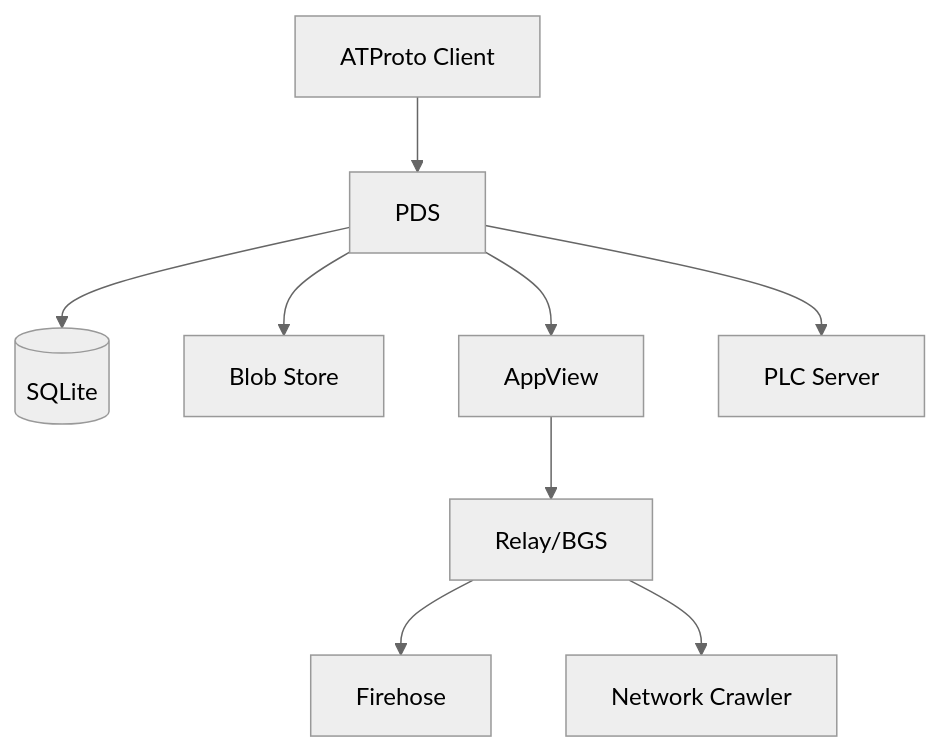
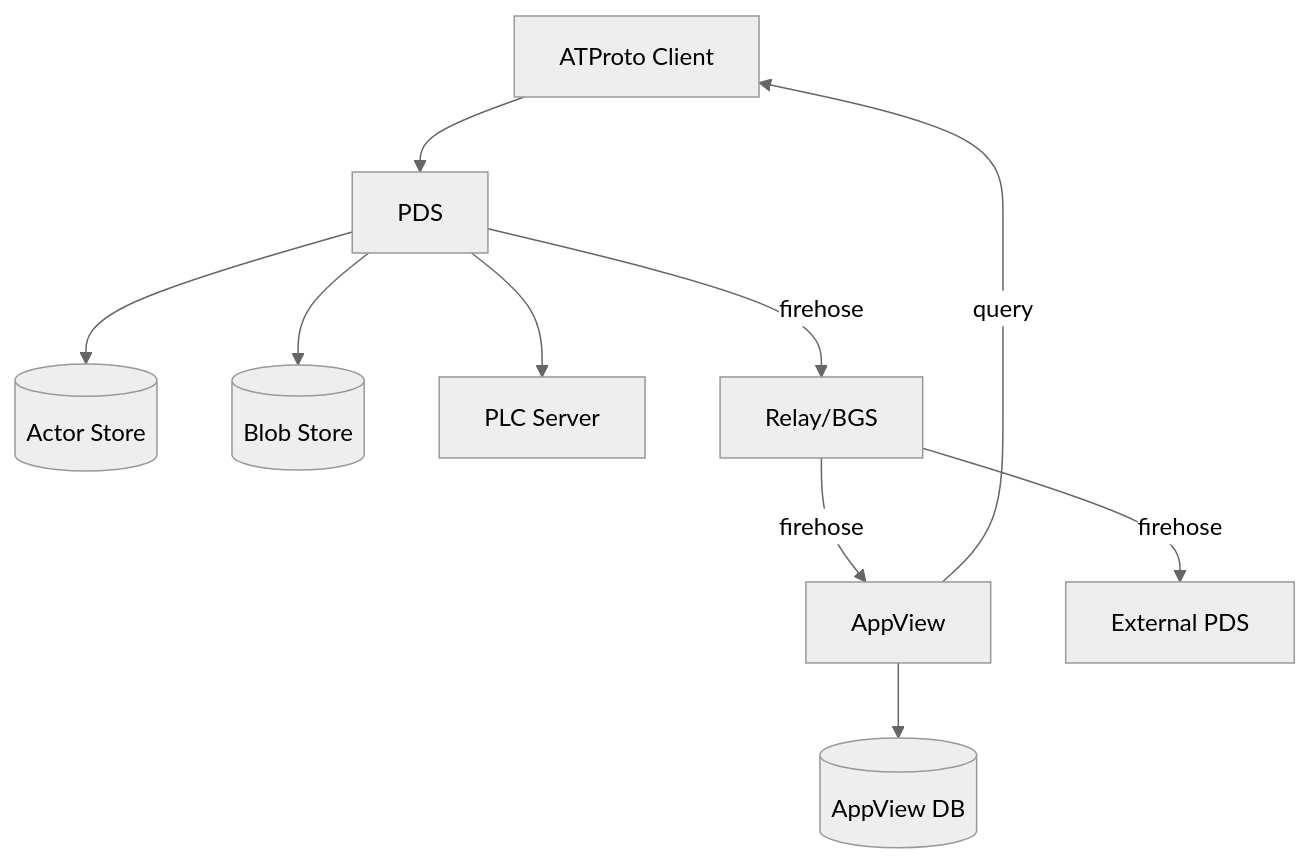
One commit to jvalinsky/garazyk changed the diagram in docs/20-explanation/architecture/atproto_pds_architecture.md. Above: the diagram before and after it, drawn with Mermaid (neutral theme). The commit also changed other lines of this file and 46 other files, not shown here.

````diff
--- a/docs/20-explanation/architecture/atproto_pds_architecture.md
+++ b/docs/20-explanation/architecture/atproto_pds_architecture.md
@@ -11,11 +11,12 @@
 ```mermaid
 graph TD
     Client[ATProto Client] --> PDS
-    PDS[PDS] --> SQLite[(SQLite)]
-    PDS --> Blob[Blob Store]
-    PDS --> AppView[AppView]
-    AppView --> Relay[Relay/BGS]
-    Relay --> Firehose[Firehose]
-    Relay --> Crawler[Network Crawler]
+    PDS[PDS] --> SQLite[(Actor Store)]
+    PDS --> Blobs[(Blob Store)]
     PDS --> PLC[PLC Server]
+    PDS -->|firehose| Relay[Relay/BGS]
+    Relay -->|firehose| AppView[AppView]
+    Relay -->|firehose| External[External PDS]
+    AppView --> AppViewDB[(AppView DB)]
+    AppView -->|query| Client
 ```
````
